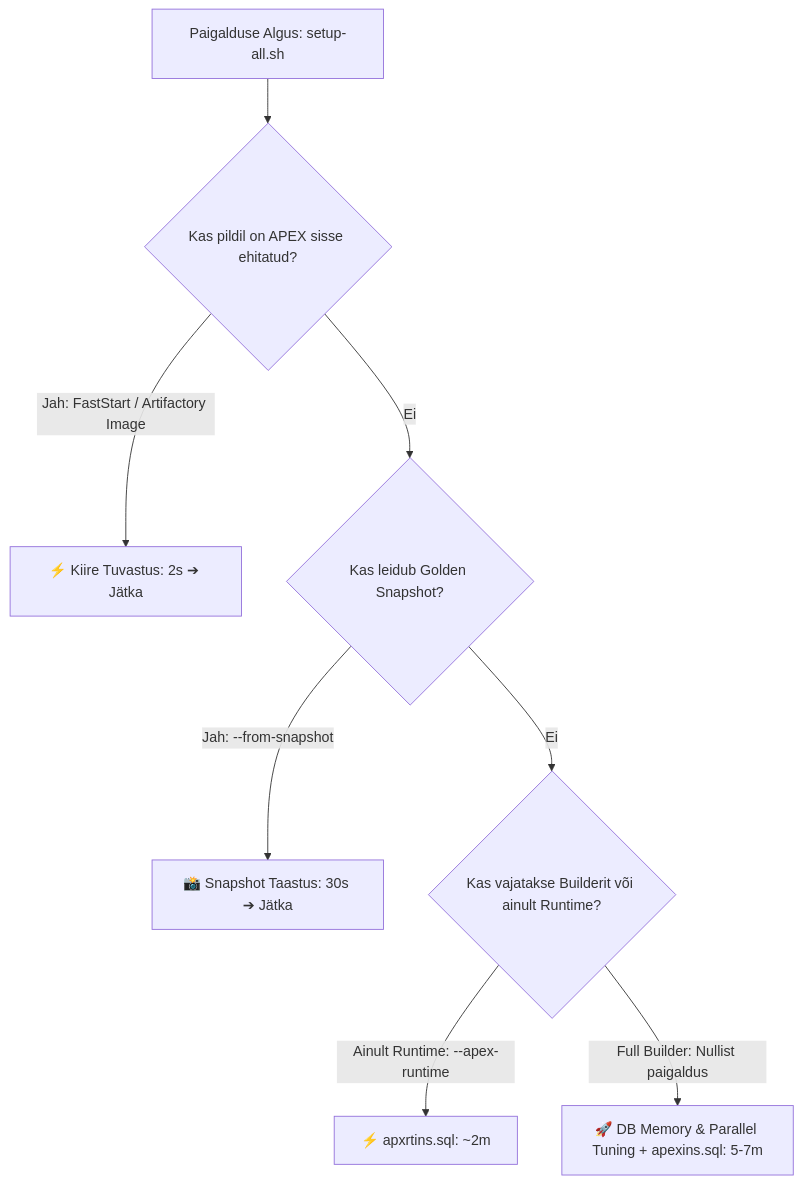
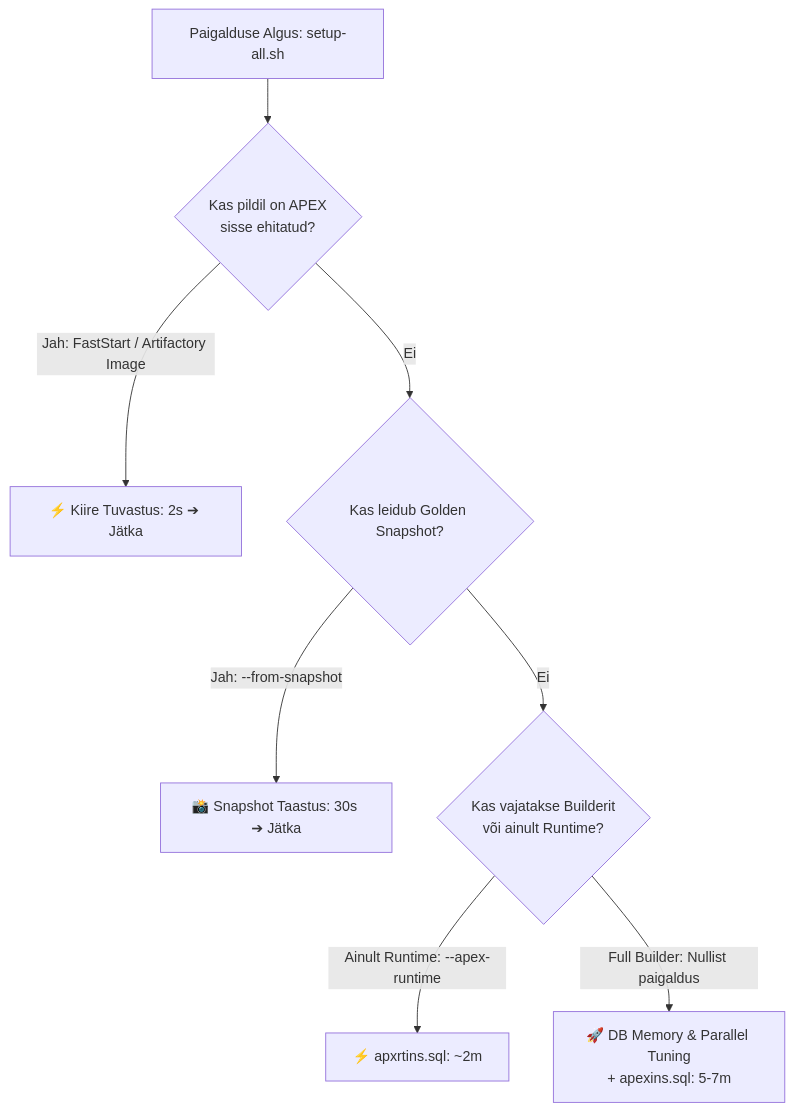
One commit to alahe/oracle-devops-platform changed the diagram in backlog/done/TASK-018-apex-install-speedup.md. Above: the diagram before and after it, drawn with Mermaid. The commit also changed 412 other files, not shown here.

````diff
--- a/backlog/done/TASK-018-apex-install-speedup.md
+++ b/backlog/done/TASK-018-apex-install-speedup.md
@@ -18,12 +18,12 @@
 ```mermaid
 graph TD
-    Start[Paigalduse Algus: setup-all.sh] --> CheckImage{Kas pildil on APEX sisse ehitatud?}
+    Start[Paigalduse Algus: setup-all.sh] --> CheckImage{Kas pildil on APEX<br/>sisse ehitatud?}
     CheckImage -->|Jah: FastStart / Artifactory Image| Instant[⚡ Kiire Tuvastus: 2s ➔ Jätka]
     CheckImage -->|Ei| CheckSnapshot{Kas leidub Golden Snapshot?}
     
     CheckSnapshot -->|Jah: --from-snapshot| SnapRestore[📸 Snapshot Taastus: 30s ➔ Jätka]
-    CheckSnapshot -->|Ei| CheckRuntime{Kas vajatakse Builderit või ainult Runtime?}
+    CheckSnapshot -->|Ei| CheckRuntime{Kas vajatakse Builderit<br/>või ainult Runtime?}
     
     CheckRuntime -->|Ainult Runtime: --apex-runtime| RTInstall[⚡ apxrtins.sql: ~2m]
-    CheckRuntime -->|Full Builder: Nullist paigaldus| TunedInstall[🚀 DB Memory & Parallel Tuning + apexins.sql: 5-7m]
+    CheckRuntime -->|Full Builder: Nullist paigaldus| TunedInstall[🚀 DB Memory & Parallel Tuning<br/>+ apexins.sql: 5-7m]
 ```
````
